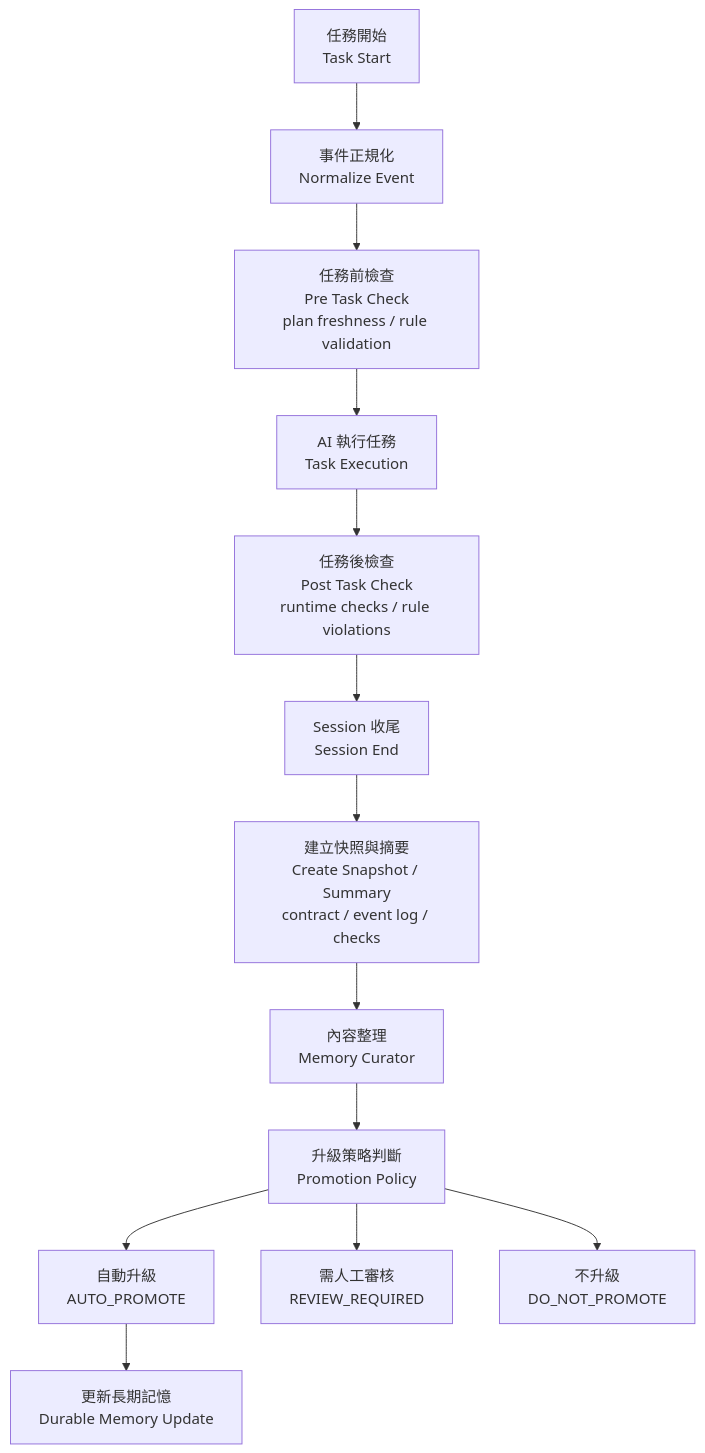
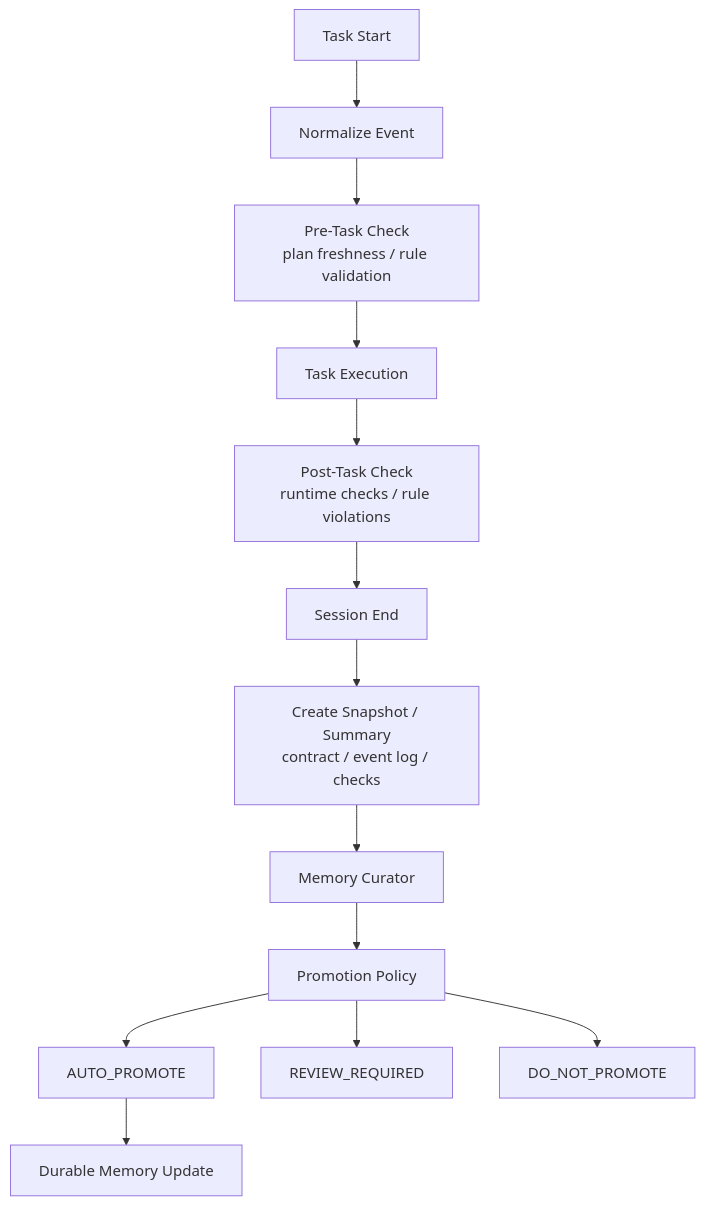
The third of 3 diagrams in README.md (GavinWu672/ai-governance-framework), drawn with Mermaid before and after one commit. The commit also changed other lines of this file, not shown here.

````diff
--- a/README.md
+++ b/README.md
@@ -359,29 +358,29 @@
 ```mermaid
 flowchart TD
-    A["任務開始<br/>Task Start"]
-    B["事件正規化<br/>Normalize Event"]
-    C["任務前檢查<br/>Pre Task Check<br/>plan freshness / rule validation"]
-    D["AI 執行任務<br/>Task Execution"]
-    E["任務後檢查<br/>Post Task Check<br/>runtime checks / rule violations"]
-    F["Session 收尾<br/>Session End"]
-    G["建立快照與摘要<br/>Create Snapshot / Summary<br/>contract / event log / checks"]
-    H["內容整理<br/>Memory Curator"]
-    I["升級策略判斷<br/>Promotion Policy"]
-    J["自動升級<br/>AUTO_PROMOTE"]
-    K["需人工審核<br/>REVIEW_REQUIRED"]
-    L["不升級<br/>DO_NOT_PROMOTE"]
-    M["更新長期記憶<br/>Durable Memory Update"]
+    A["Task Start"]
+    B["Normalize Event"]
+    C["Pre-Task Check<br/>plan freshness / rule validation"]
+    D["Task Execution"]
+    E["Post-Task Check<br/>runtime checks / rule violations"]
+    F["Session End"]
+    G["Create Snapshot / Summary<br/>contract / event log / checks"]
+    H["Memory Curator"]
+    I["Promotion Policy"]
+    J["AUTO_PROMOTE"]
+    K["REVIEW_REQUIRED"]
+    L["DO_NOT_PROMOTE"]
+    M["Durable Memory Update"]
 
     A --> B
     B --> C
     C --> D
     D --> E
     E --> F
     F --> G
     G --> H
     H --> I
     I --> J
     I --> K
     I --> L
     J --> M
 ```
````
